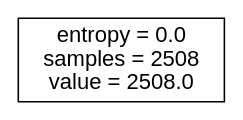
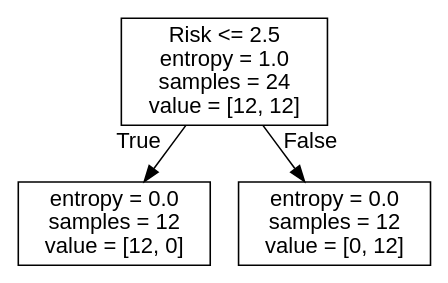
One commit to GKunc/Decision_Models changed the diagram in decision_tree.dot. Above: the diagram before and after it, drawn with Graphviz. The commit also changed 14 other files, not shown here.

```diff
--- a/decision_tree.dot
+++ b/decision_tree.dot
@@ -1,5 +1,9 @@
 digraph Tree {
 node [shape=box, fontname="helvetica"] ;
 edge [fontname="helvetica"] ;
-0 [label="entropy = 0.0\nsamples = 2508\nvalue = 2508.0"] ;
+0 [label="Risk <= 2.5\nentropy = 1.0\nsamples = 24\nvalue = [12, 12]"] ;
+1 [label="entropy = 0.0\nsamples = 12\nvalue = [12, 0]"] ;
+0 -> 1 [labeldistance=2.5, labelangle=45, headlabel="True"] ;
+2 [label="entropy = 0.0\nsamples = 12\nvalue = [0, 12]"] ;
+0 -> 2 [labeldistance=2.5, labelangle=-45, headlabel="False"] ;
 }
```
